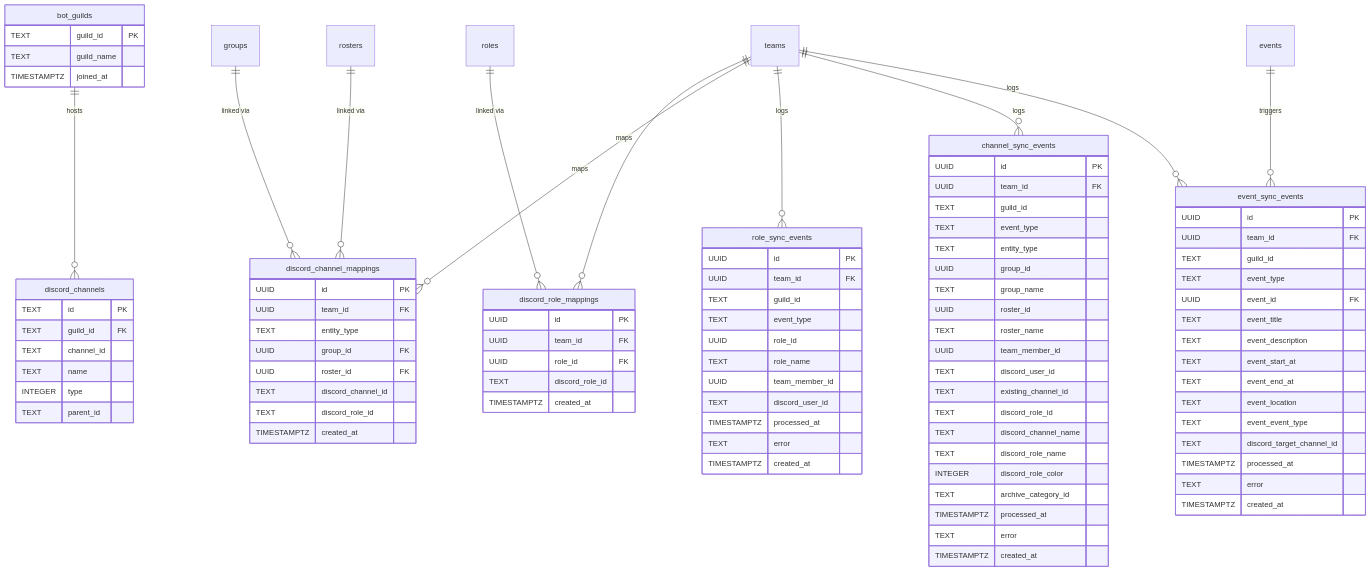
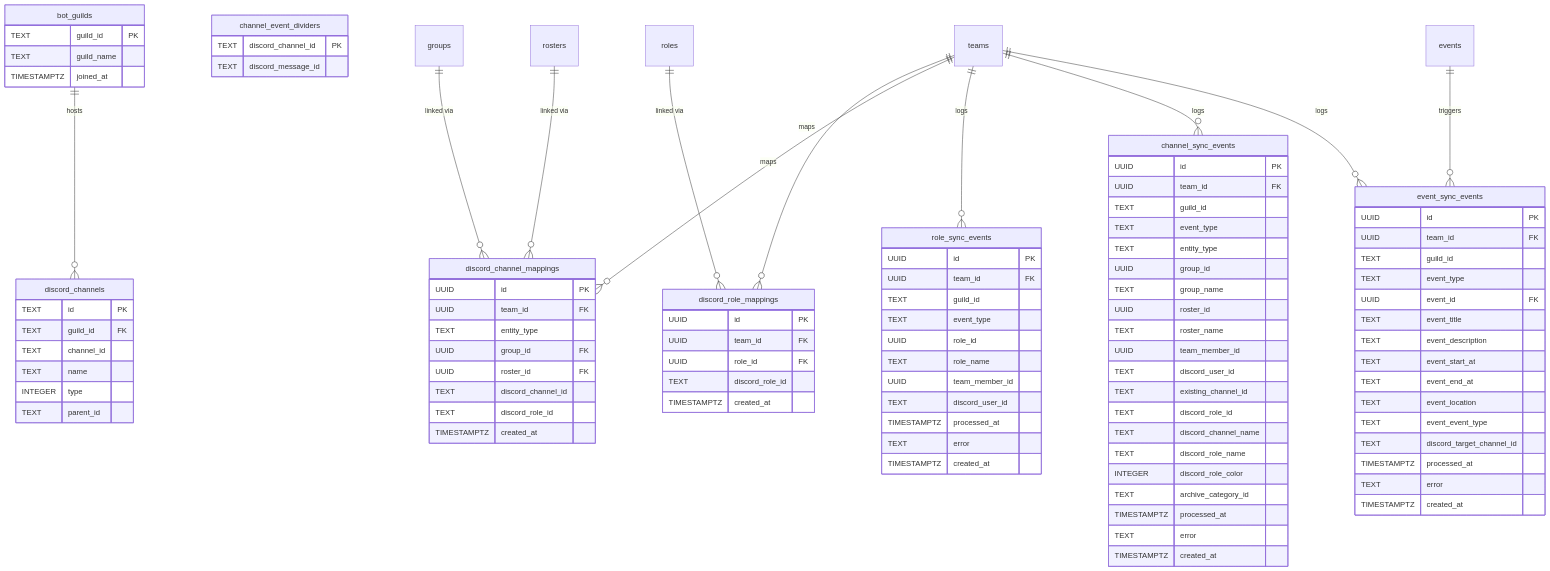
The eighth of 12 diagrams in docs/thesis/er-diagram.md (maxa-ondrej/sideline), drawn with Mermaid before and after one commit. The commit also changed other lines of this file and 13 other files, not shown here.

First line of the commit message:
fix: reorder attendance channel so nearest event is most visible (#195)

```diff
--- a/docs/thesis/er-diagram.md
+++ b/docs/thesis/er-diagram.md
@@ -421,6 +421,11 @@
         TEXT name
         INTEGER type
         TEXT parent_id
+    }
+
+    channel_event_dividers {
+        TEXT discord_channel_id PK
+        TEXT discord_message_id
     }
 
     discord_role_mappings {
```
